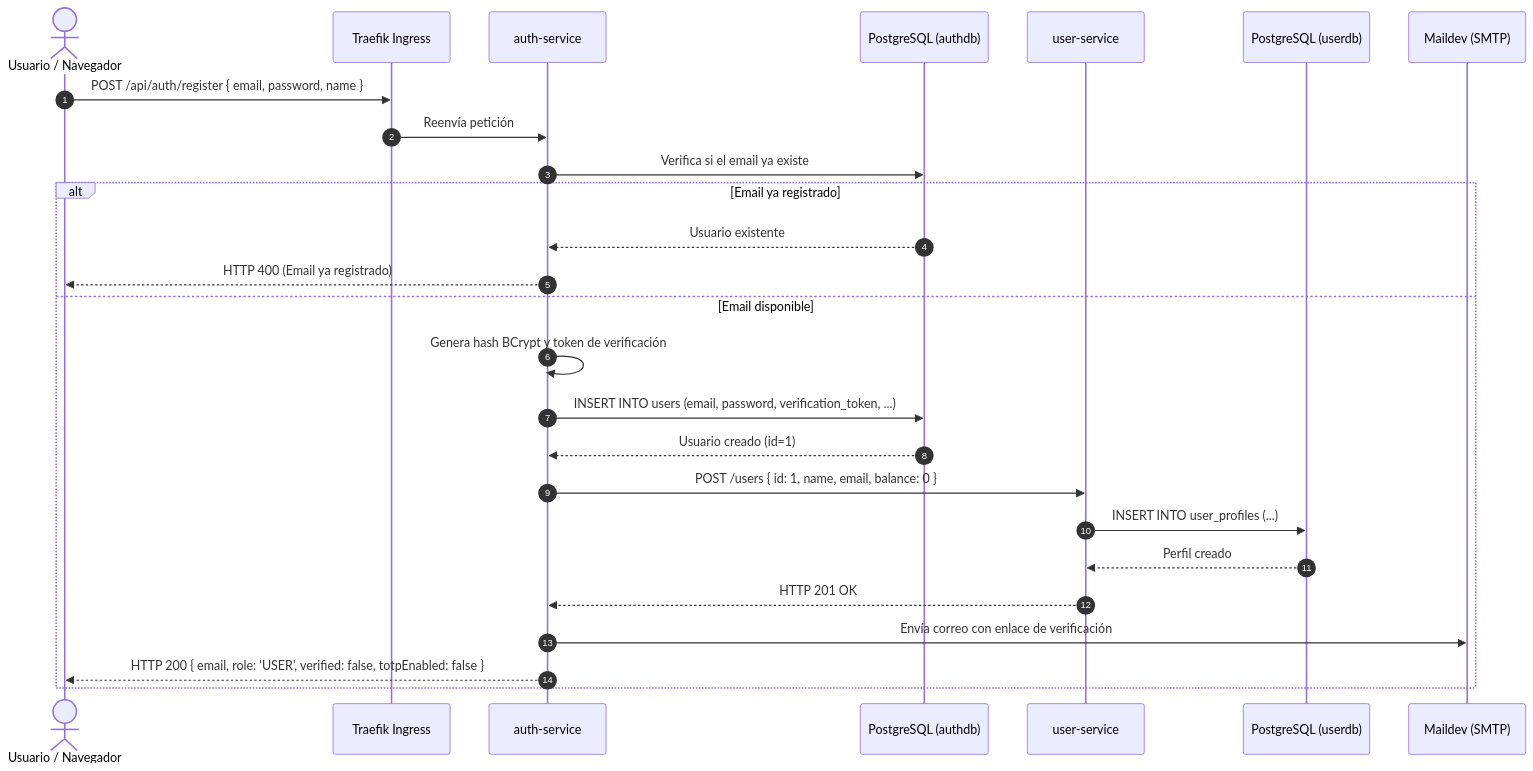
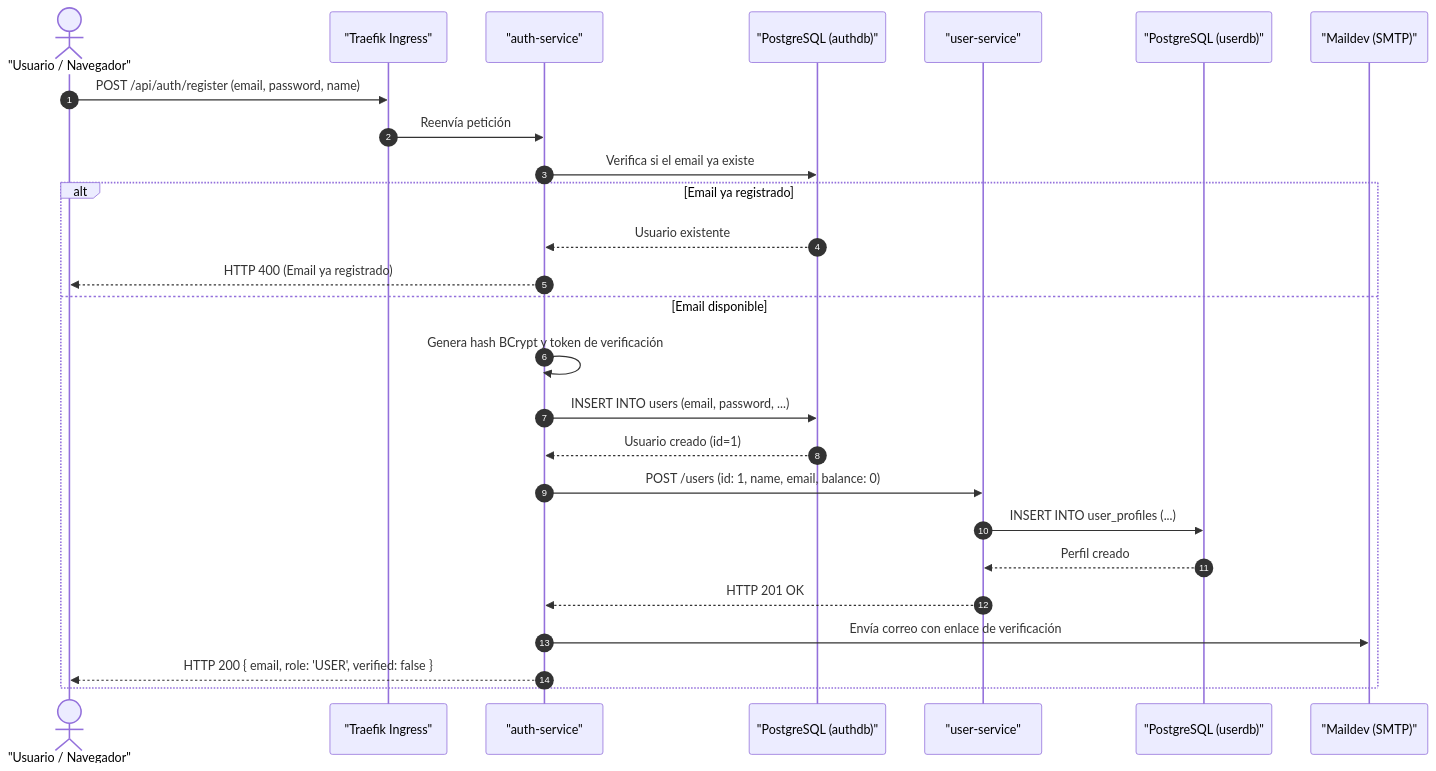
One commit to bleidertcs/fintech-wallet changed the first of 3 diagrams in docs/authentication.md. Above: the diagram before and after it, drawn with Mermaid. The commit also changed other lines of this file and 27 other files, not shown here.

Commit message:
feat: generate project documentation and graphify visualization assets

````diff
--- a/docs/authentication.md
+++ b/docs/authentication.md
@@ -39,31 +39,31 @@
 ```mermaid
 sequenceDiagram
     autonumber
-    actor Usuario as Usuario / Navegador
-    participant Gateway as Traefik Ingress
-    participant AuthSvc as auth-service
-    participant AuthDB as PostgreSQL (authdb)
-    participant UserSvc as user-service
-    participant UserDB as PostgreSQL (userdb)
-    participant Maildev as Maildev (SMTP)
+    actor Usuario as "Usuario / Navegador"
+    participant Gateway as "Traefik Ingress"
+    participant AuthSvc as "auth-service"
+    participant AuthDB as "PostgreSQL (authdb)"
+    participant UserSvc as "user-service"
+    participant UserDB as "PostgreSQL (userdb)"
+    participant Maildev as "Maildev (SMTP)"
 
-    Usuario->>Gateway: POST /api/auth/register { email, password, name }
+    Usuario->>Gateway: POST /api/auth/register (email, password, name)
     Gateway->>AuthSvc: Reenvía petición
     AuthSvc->>AuthDB: Verifica si el email ya existe
     alt Email ya registrado
         AuthDB-->>AuthSvc: Usuario existente
         AuthSvc-->>Usuario: HTTP 400 (Email ya registrado)
     else Email disponible
         AuthSvc->>AuthSvc: Genera hash BCrypt y token de verificación
-        AuthSvc->>AuthDB: INSERT INTO users (email, password, verification_token, ...)
+        AuthSvc->>AuthDB: INSERT INTO users (email, password, ...)
         AuthDB-->>AuthSvc: Usuario creado (id=1)
         
-        AuthSvc->>UserSvc: POST /users { id: 1, name, email, balance: 0 }
+        AuthSvc->>UserSvc: POST /users (id: 1, name, email, balance: 0)
         UserSvc->>UserDB: INSERT INTO user_profiles (...)
         UserDB-->>UserSvc: Perfil creado
         UserSvc-->>AuthSvc: HTTP 201 OK
         
         AuthSvc->>Maildev: Envía correo con enlace de verificación
-        AuthSvc-->>Usuario: HTTP 200 { email, role: 'USER', verified: false, totpEnabled: false }
+        AuthSvc-->>Usuario: HTTP 200 { email, role: 'USER', verified: false }
     end
 ```
````
